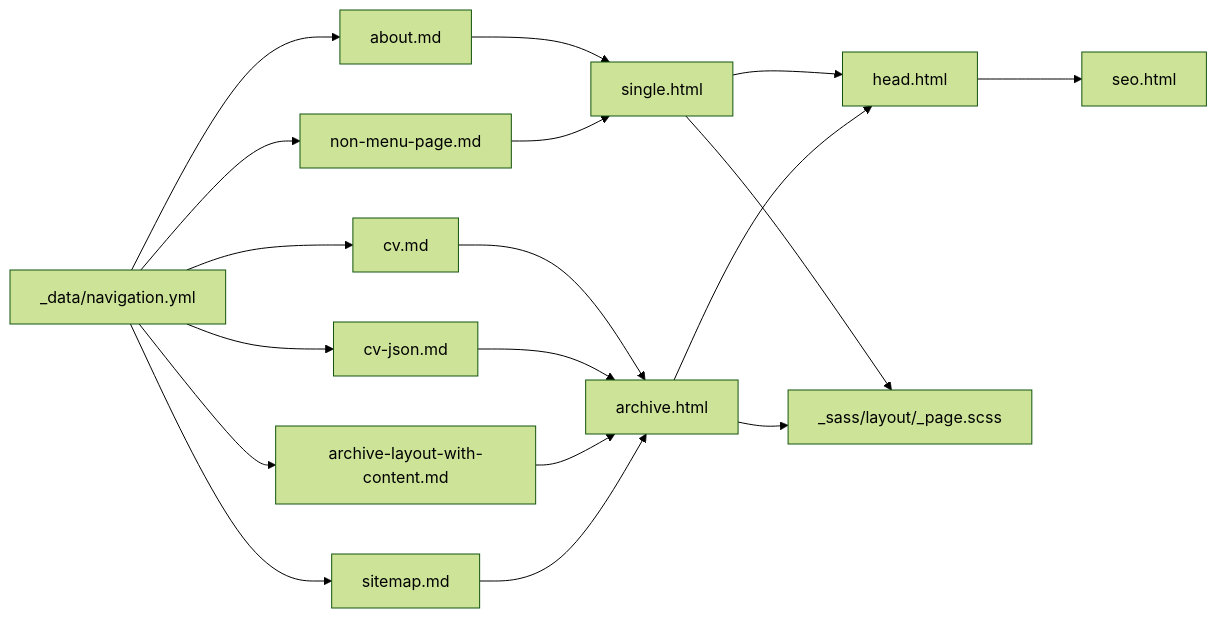
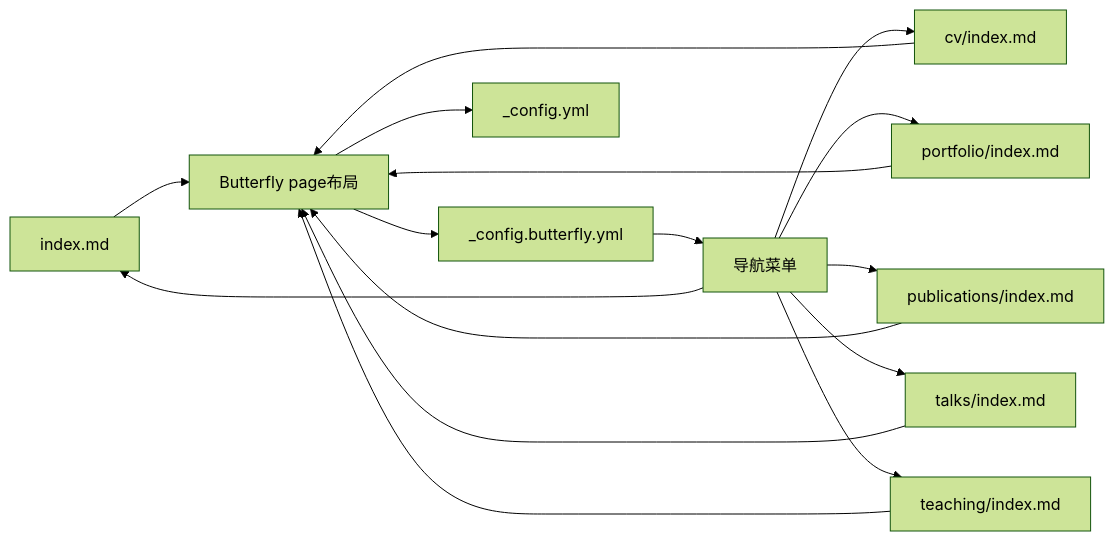
Before and after one commit to CoolPig0720/CoolPig0720.github.io: the fourth of 4 diagrams in .qoder/repowiki/zh/content/项目概述/核心功能特性/内容管理系统/页面管理.md, drawn with Mermaid (forest theme). The commit also changed other lines of this file and 36 other files, not shown here.

````diff
--- a/.qoder/repowiki/zh/content/项目概述/核心功能特性/内容管理系统/页面管理.md
+++ b/.qoder/repowiki/zh/content/项目概述/核心功能特性/内容管理系统/页面管理.md
@@ -380,20 +266,18 @@
 ```mermaid
 graph LR
-P1["about.md"] --> L1["single.html"]
-P2["non-menu-page.md"] --> L1
-P3["cv.md"] --> L2["archive.html"]
-P4["cv-json.md"] --> L2
-P5["archive-layout-with-content.md"] --> L2
-P6["sitemap.md"] --> L2
-L1 --> H["head.html"]
-L2 --> H
-H --> S["seo.html"]
-NAV["_data/navigation.yml"] --> P1
-NAV --> P2
-NAV --> P3
-NAV --> P4
-NAV --> P5
-NAV --> P6
-L1 --> SCSS["_sass/layout/_page.scss"]
-L2 --> SCSS
+P1["index.md"] --> B1["Butterfly page布局"]
+P2["cv/index.md"] --> B1
+P3["portfolio/index.md"] --> B1
+P4["publications/index.md"] --> B1
+P5["talks/index.md"] --> B1
+P6["teaching/index.md"] --> B1
+B1 --> C1["_config.butterfly.yml"]
+B1 --> C2["_config.yml"]
+C1 --> N1["导航菜单"]
+N1 --> P1
+N1 --> P2
+N1 --> P3
+N1 --> P4
+N1 --> P5
+N1 --> P6
 ```
````
